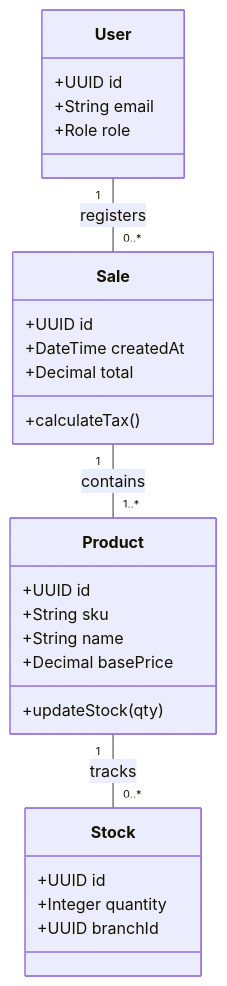
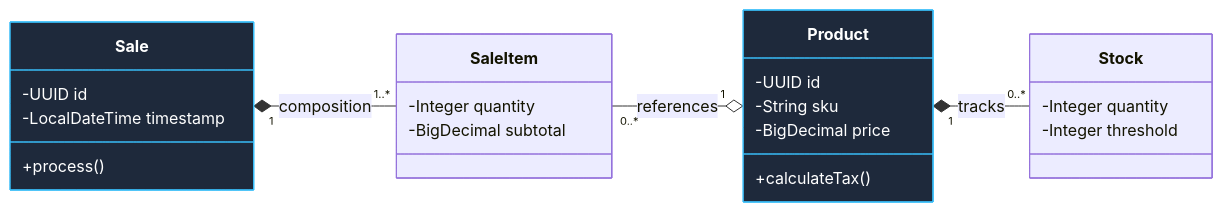
Before and after one commit to HecAguilaV/SIGA: the second of 3 diagrams in docs/technical-room/en/02-LOGICAL-VIEW.mdx, drawn with Mermaid. The commit also changed other lines of this file and 10 other files, not shown here.

Commit message:
docs(tech-room): finalize 4+1 view model with high-fidelity diagrams and semantic monorepo sync

````diff
--- a/docs/technical-room/en/02-LOGICAL-VIEW.mdx
+++ b/docs/technical-room/en/02-LOGICAL-VIEW.mdx
@@ -50,30 +41,30 @@
 ```mermaid
 classDiagram
+    direction LR
     class Product {
-        +UUID id
-        +String sku
-        +String name
-        +Decimal basePrice
-        +updateStock(qty)
+        -UUID id
+        -String sku
+        -BigDecimal price
+        +calculateTax()
     }
     class Sale {
-        +UUID id
-        +DateTime createdAt
-        +Decimal total
-        +calculateTax()
+        -UUID id
+        -LocalDateTime timestamp
+        +process()
+    }
+    class SaleItem {
+        -Integer quantity
+        -BigDecimal subtotal
     }
     class Stock {
-        +UUID id
-        +Integer quantity
-        +UUID branchId
-    }
-    class User {
-        +UUID id
-        +String email
-        +Role role
+        -Integer quantity
+        -Integer threshold
     }
     
-    Product "1" -- "0..*" Stock : tracks
-    Sale "1" -- "1..*" Product : contains
-    User "1" -- "0..*" Sale : registers
+    Sale "1" *-- "1..*" SaleItem : composition
+    SaleItem "0..*" --o "1" Product : references
+    Product "1" *-- "0..*" Stock : tracks
+    
+    style Product fill:#1e293b,stroke:#38bdf8,color:#fff
+    style Sale fill:#1e293b,stroke:#38bdf8,color:#fff
 ```
````
